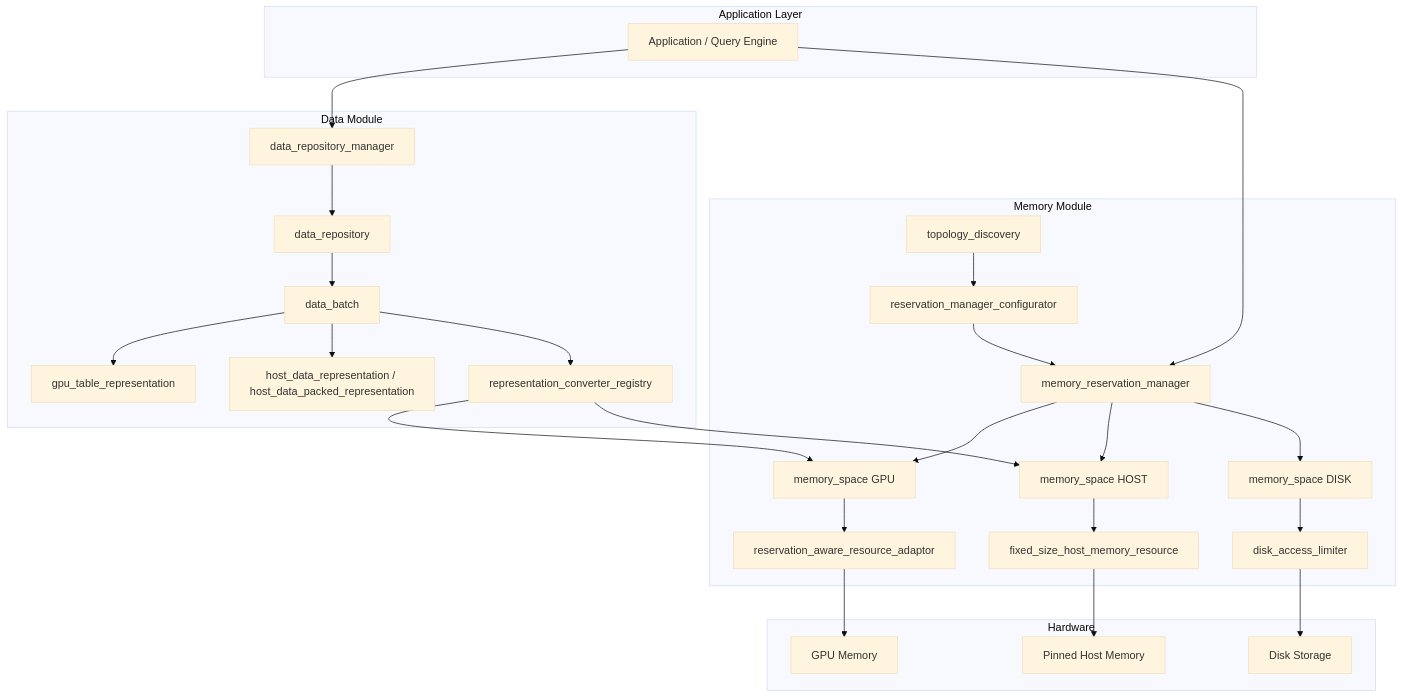
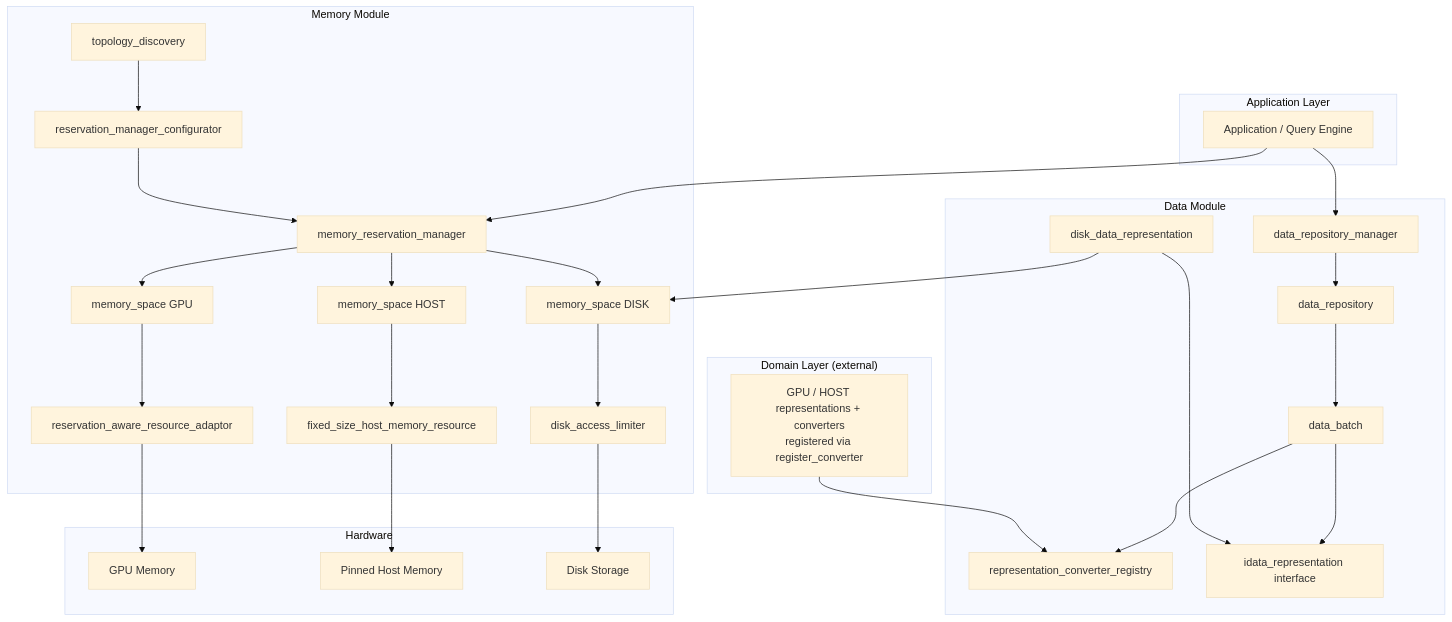
One commit to NVIDIA/cuCascade changed the first of 3 diagrams in docs/ARCHITECTURE.md. Above: the diagram before and after it, drawn with Mermaid (base theme). The commit also changed other lines of this file and 41 other files, not shown here.

````diff
--- a/docs/ARCHITECTURE.md
+++ b/docs/ARCHITECTURE.md
@@ -39,58 +39,62 @@
 ```mermaid
 graph TB
     subgraph "Application Layer"
         APP[Application / Query Engine]
     end
 
     subgraph "Data Module"
         DRM[data_repository_manager]
         DR[data_repository]
         DB[data_batch]
         RC[representation_converter_registry]
-        GPU_REP[gpu_table_representation]
-        HOST_REP[host_data_representation / host_data_packed_representation]
+        IREP[idata_representation interface]
+        DISK_REP[disk_data_representation]
+    end
+
+    subgraph "Domain Layer (external)"
+        DOMAIN_REP[GPU / HOST representations + converters<br/>registered via register_converter]
     end
 
     subgraph "Memory Module"
         MRM[memory_reservation_manager]
         MS_GPU[memory_space GPU]
         MS_HOST[memory_space HOST]
         MS_DISK[memory_space DISK]
         RARA[reservation_aware_resource_adaptor]
         FSHMR[fixed_size_host_memory_resource]
         DAL[disk_access_limiter]
         TD[topology_discovery]
         RMC[reservation_manager_configurator]
     end
 
     subgraph "Hardware"
         GPU_MEM[GPU Memory]
         HOST_MEM[Pinned Host Memory]
         DISK_MEM[Disk Storage]
     end
 
     APP --> DRM
     APP --> MRM
     DRM --> DR
     DR --> DB
-    DB --> GPU_REP
-    DB --> HOST_REP
+    DB --> IREP
+    DISK_REP --> IREP
     DB --> RC
 
     MRM --> MS_GPU
     MRM --> MS_HOST
     MRM --> MS_DISK
     TD --> RMC
     RMC --> MRM
 
     MS_GPU --> RARA
     MS_HOST --> FSHMR
     MS_DISK --> DAL
 
     RARA --> GPU_MEM
     FSHMR --> HOST_MEM
     DAL --> DISK_MEM
 
-    RC --> MS_GPU
-    RC --> MS_HOST
+    DISK_REP --> MS_DISK
+    DOMAIN_REP --> RC
 ```
````
